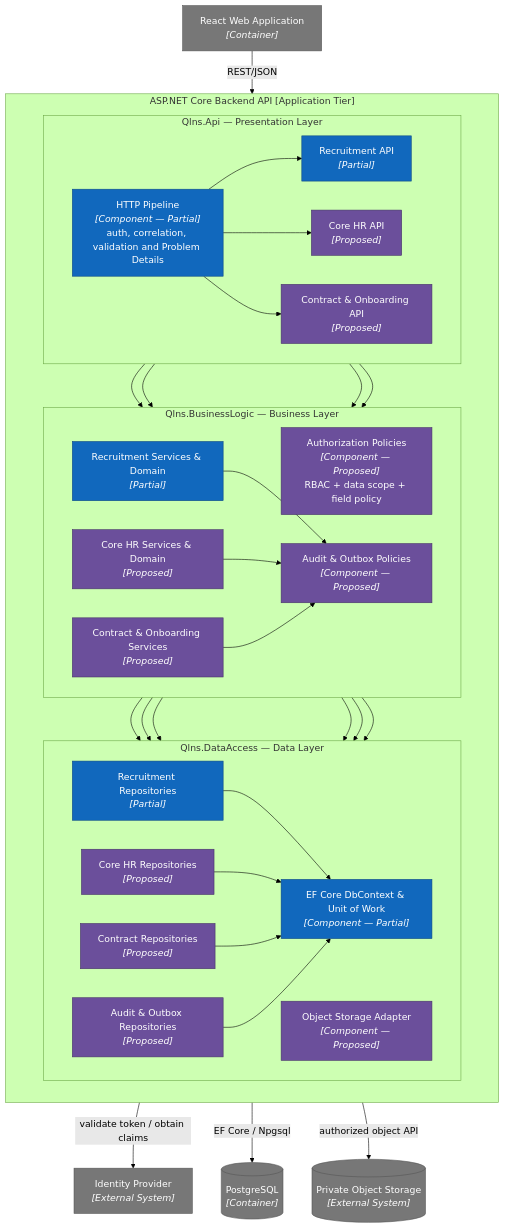
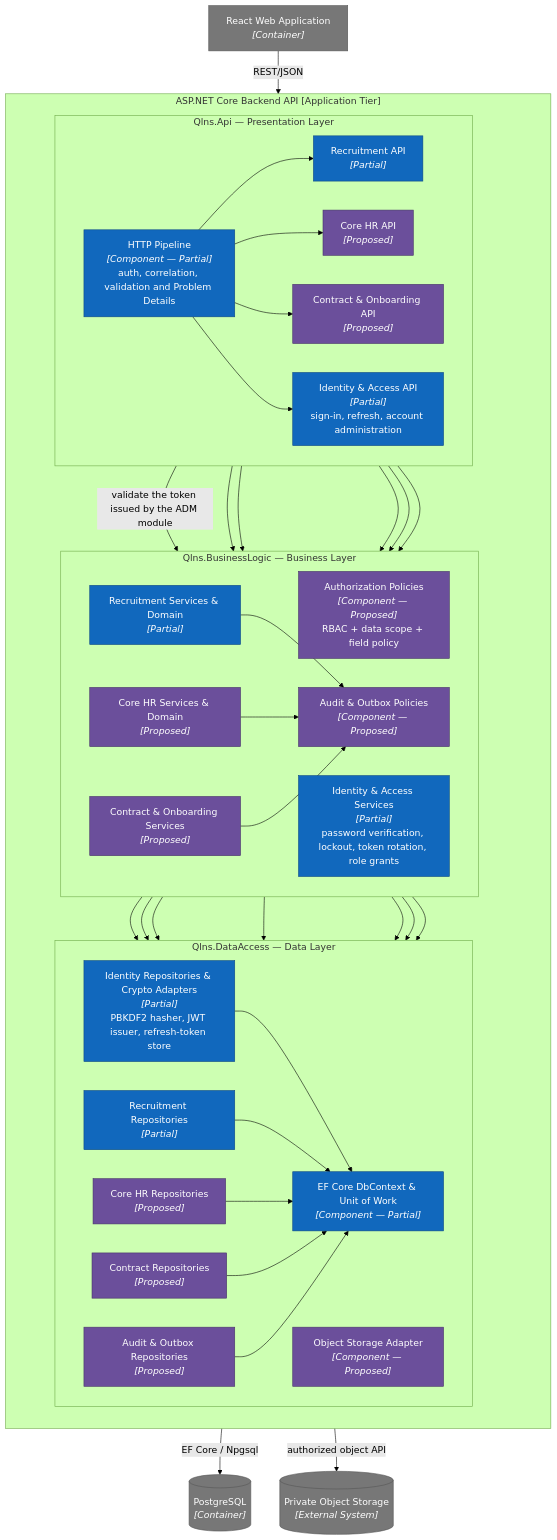
The fifth of 12 diagrams in docs/architecture.md (nvdat16/QLNS), drawn with Mermaid (forest theme) before and after one commit. The commit also changed other lines of this file and 14 other files, not shown here.

````diff
--- a/docs/architecture.md
+++ b/docs/architecture.md
@@ -275,74 +274,80 @@
 ```mermaid
 flowchart TB
     web["React Web Application<br/><i>[Container]</i>"]
-    idp["Identity Provider<br/><i>[External System]</i>"]
     db[("PostgreSQL<br/><i>[Container]</i>")]
     objects[("Private Object Storage<br/><i>[External System]</i>")]
 
     subgraph api["ASP.NET Core Backend API [Application Tier]"]
         direction TB
 
         subgraph presentation["Qlns.Api — Presentation Layer"]
             direction LR
             pipeline["HTTP Pipeline<br/><i>[Component — Partial]</i><br/>auth, correlation, validation and Problem Details"]
             recApi["Recruitment API<br/><i>[Partial]</i>"]
             hrApi["Core HR API<br/><i>[Proposed]</i>"]
             contractApi["Contract & Onboarding API<br/><i>[Proposed]</i>"]
+            admApi["Identity & Access API<br/><i>[Partial]</i><br/>sign-in, refresh, account administration"]
         end
 
         subgraph business["Qlns.BusinessLogic — Business Layer"]
             direction LR
             authorization["Authorization Policies<br/><i>[Component — Proposed]</i><br/>RBAC + data scope + field policy"]
             recLogic["Recruitment Services & Domain<br/><i>[Partial]</i>"]
             hrLogic["Core HR Services & Domain<br/><i>[Proposed]</i>"]
             contractLogic["Contract & Onboarding Services<br/><i>[Proposed]</i>"]
             auditOutbox["Audit & Outbox Policies<br/><i>[Component — Proposed]</i>"]
+            adm["Identity & Access Services<br/><i>[Partial]</i><br/>password verification, lockout, token rotation, role grants"]
         end
 
         subgraph data["Qlns.DataAccess — Data Layer"]
             direction LR
             recRepo["Recruitment Repositories<br/><i>[Partial]</i>"]
             hrRepo["Core HR Repositories<br/><i>[Proposed]</i>"]
             contractRepo["Contract Repositories<br/><i>[Proposed]</i>"]
             auditRepo["Audit & Outbox Repositories<br/><i>[Proposed]</i>"]
             uow["EF Core DbContext & Unit of Work<br/><i>[Component — Partial]</i>"]
             objectAdapter["Object Storage Adapter<br/><i>[Component — Proposed]</i>"]
+            admRepo["Identity Repositories &amp; Crypto Adapters<br/><i>[Partial]</i><br/>PBKDF2 hasher, JWT issuer, refresh-token store"]
         end
     end
 
     web -->|"REST/JSON"| pipeline
-    pipeline -->|"validate token / obtain claims"| idp
+    pipeline -->|"validate the token issued by the ADM module"| adm
     pipeline --> recApi
     pipeline --> hrApi
     pipeline --> contractApi
+    pipeline --> admApi
     pipeline --> authorization
+    admApi --> adm
+    adm --> admRepo
+    admRepo --> uow
 
     recApi --> recLogic
     hrApi --> hrLogic
     contractApi --> contractLogic
 
     recLogic --> recRepo
     hrLogic --> hrRepo
     contractLogic --> contractRepo
 
     recLogic --> auditOutbox
     hrLogic --> auditOutbox
     contractLogic --> auditOutbox
     auditOutbox --> auditRepo
 
     recRepo --> uow
     hrRepo --> uow
     contractRepo --> uow
     auditRepo --> uow
     uow -->|"EF Core / Npgsql"| db
     contractLogic --> objectAdapter
     recLogic --> objectAdapter
     objectAdapter -->|"authorized object API"| objects
 
     classDef partial fill:#1168bd,color:#fff,stroke:#0b4884
     classDef proposed fill:#6b4f9b,color:#fff,stroke:#463267
     classDef external fill:#777,color:#fff,stroke:#555
-    class pipeline,recApi,recLogic,recRepo,uow partial
+    class pipeline,recApi,recLogic,recRepo,uow,admApi,adm,admRepo partial
     class authorization,hrApi,contractApi,hrLogic,contractLogic,auditOutbox,hrRepo,contractRepo,auditRepo,objectAdapter proposed
-    class web,idp,db,objects external
+    class web,db,objects external
 ```
````
